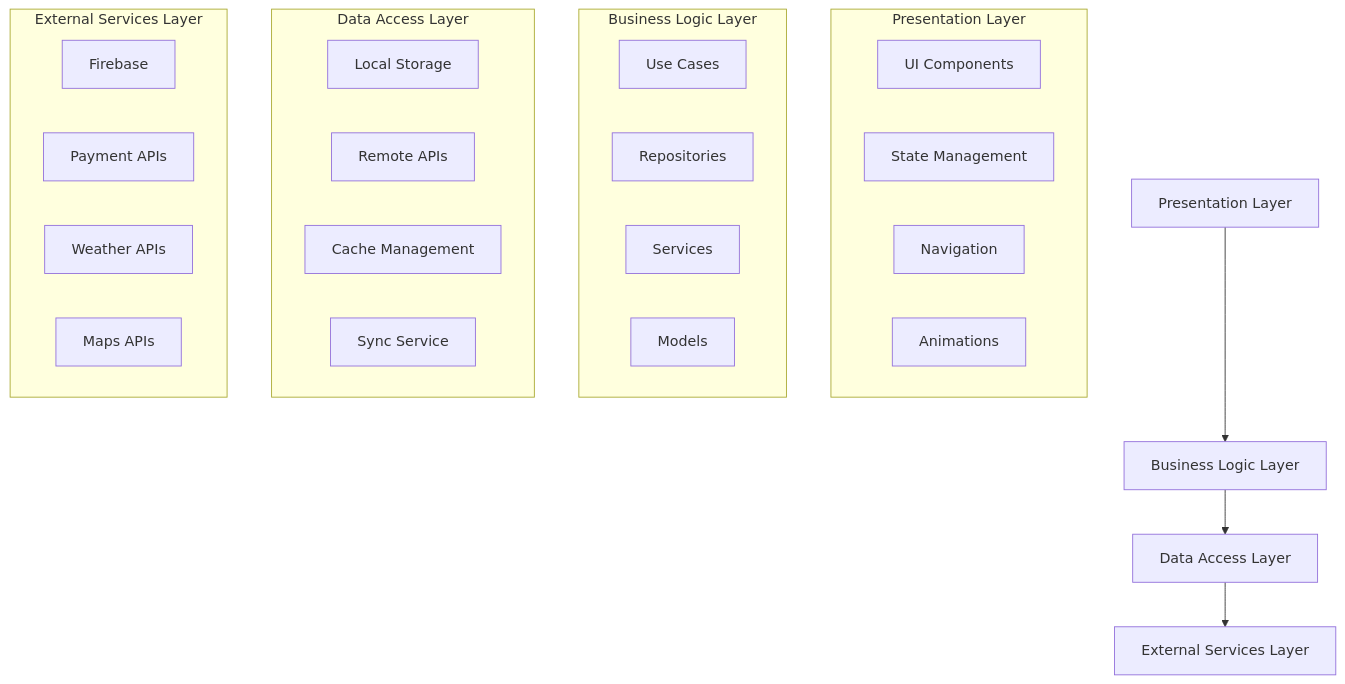
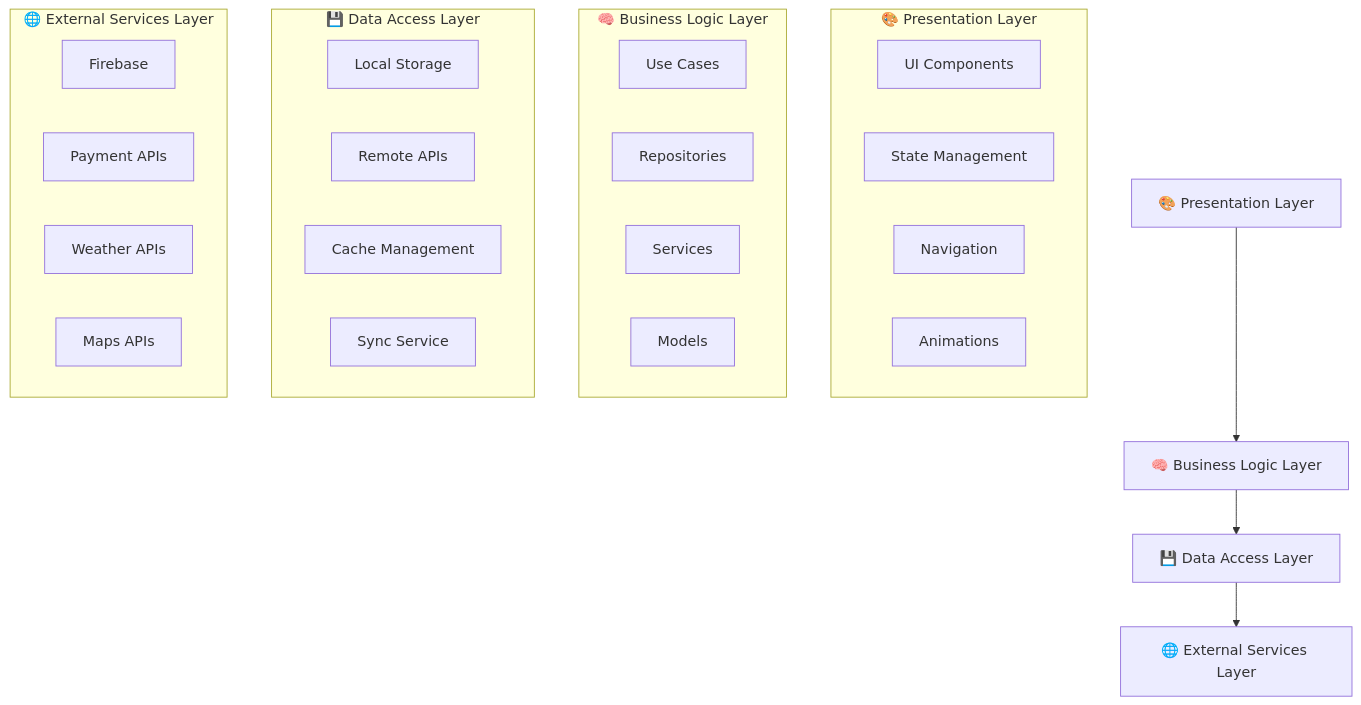
One commit to MaximeKELI/Projet-AGRICOLE changed the seventh of 13 diagrams in README.md. Above: the diagram before and after it, drawn with Mermaid. The commit also changed other lines of this file and 2 other files, not shown here.

````diff
--- a/README.md
+++ b/README.md
@@ -260,34 +617,34 @@
 ```mermaid
 graph TD
-    A[Presentation Layer] --> B[Business Logic Layer]
-    B --> C[Data Access Layer]
-    C --> D[External Services Layer]
+    A[🎨 Presentation Layer] --> B[🧠 Business Logic Layer]
+    B --> C[💾 Data Access Layer]
+    C --> D[🌐 External Services Layer]
     
-    subgraph "Presentation Layer"
+    subgraph "🎨 Presentation Layer"
         E[UI Components]
         F[State Management]
         G[Navigation]
         H[Animations]
     end
     
-    subgraph "Business Logic Layer"
+    subgraph "🧠 Business Logic Layer"
         I[Use Cases]
         J[Repositories]
         K[Services]
         L[Models]
     end
     
-    subgraph "Data Access Layer"
+    subgraph "💾 Data Access Layer"
         M[Local Storage]
         N[Remote APIs]
         O[Cache Management]
         P[Sync Service]
     end
     
-    subgraph "External Services Layer"
+    subgraph "🌐 External Services Layer"
         Q[Firebase]
         R[Payment APIs]
         S[Weather APIs]
         T[Maps APIs]
     end
 ```
````
